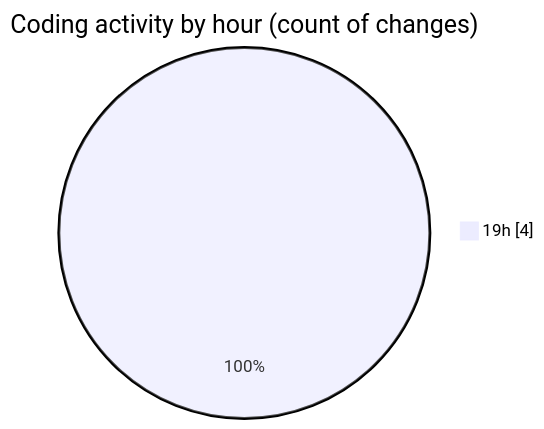
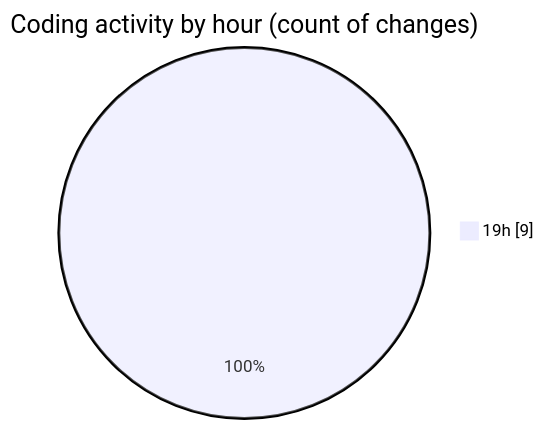
Before and after one commit to Netris89/code-tracking: the second of 2 diagrams in 2025-10-24/skintrack/README.md, drawn with Mermaid. The commit also changed other lines of this file and 1 other file, not shown here.

````diff
--- a/2025-10-24/skintrack/README.md
+++ b/2025-10-24/skintrack/README.md
@@ -28,5 +30,5 @@
 ```mermaid
 pie showData
 title Coding activity by hour (count of changes)
-"19h" : 4
+"19h" : 9
 ```
````
